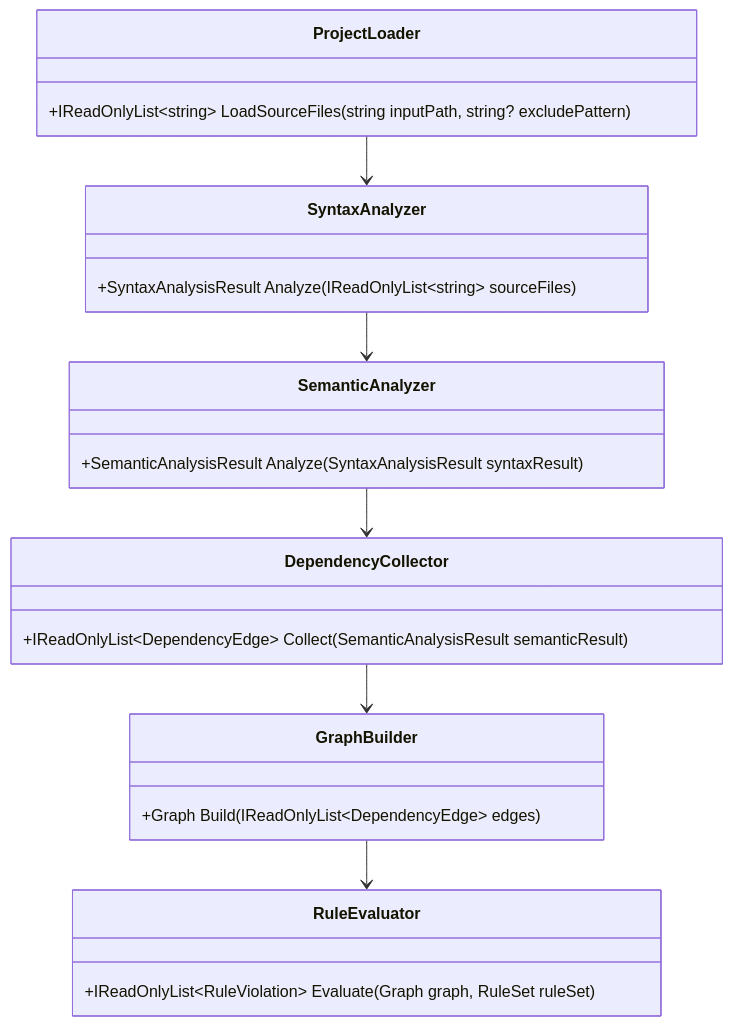
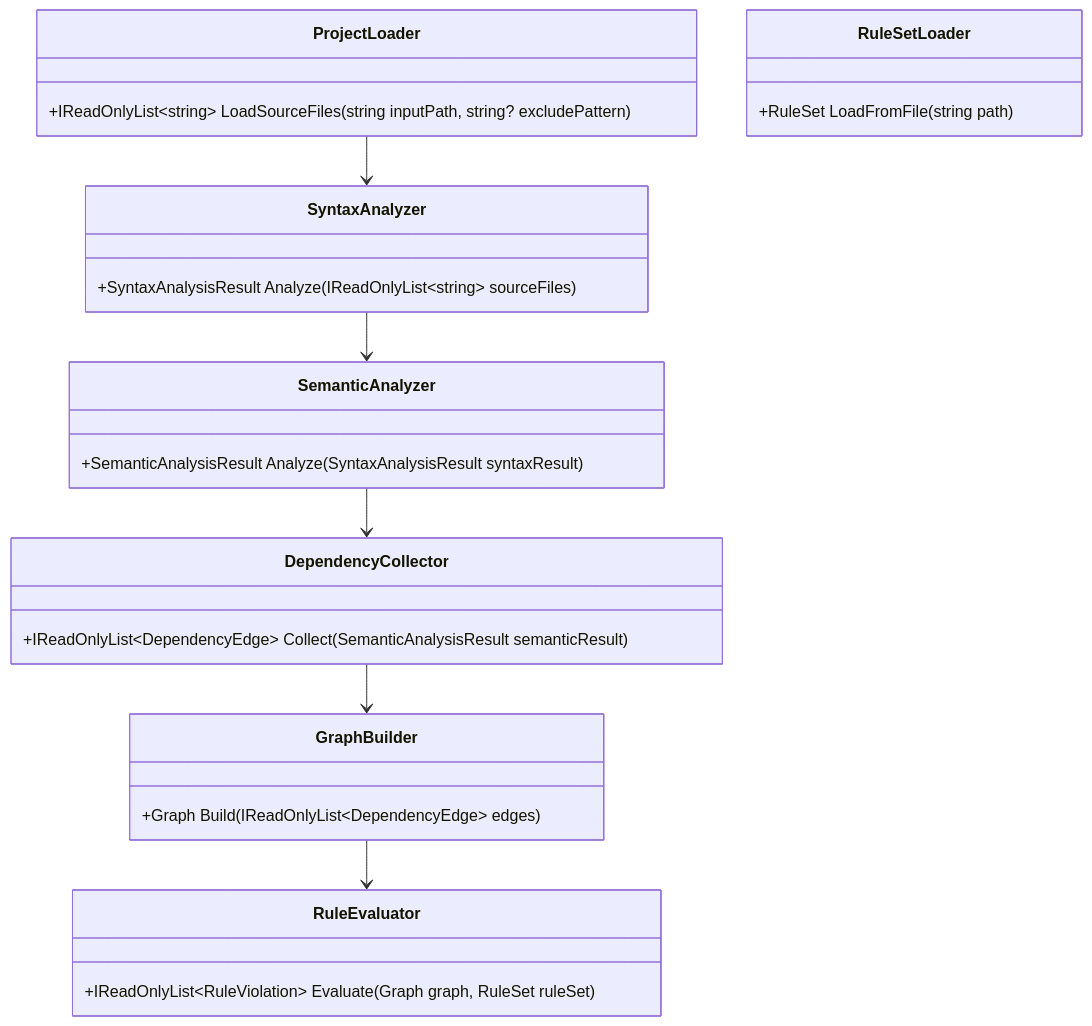
The third of 5 diagrams in docs/class-diagram.md (kaito-jiro/code-deps-jiro), drawn with Mermaid before and after one commit. The commit also changed other lines of this file and 11 other files, not shown here.

````diff
--- a/docs/class-diagram.md
+++ b/docs/class-diagram.md
@@ -127,27 +140,30 @@
 ```mermaid
 classDiagram
     class ProjectLoader {
         +IReadOnlyList~string~ LoadSourceFiles(string inputPath, string? excludePattern)
     }
     class SyntaxAnalyzer {
         +SyntaxAnalysisResult Analyze(IReadOnlyList~string~ sourceFiles)
     }
     class SemanticAnalyzer {
         +SemanticAnalysisResult Analyze(SyntaxAnalysisResult syntaxResult)
     }
     class DependencyCollector {
         +IReadOnlyList~DependencyEdge~ Collect(SemanticAnalysisResult semanticResult)
     }
     class GraphBuilder {
         +Graph Build(IReadOnlyList~DependencyEdge~ edges)
     }
     class RuleEvaluator {
         +IReadOnlyList~RuleViolation~ Evaluate(Graph graph, RuleSet ruleSet)
     }
+    class RuleSetLoader {
+        +RuleSet LoadFromFile(string path)
+    }
 
     ProjectLoader --> SyntaxAnalyzer
     SyntaxAnalyzer --> SemanticAnalyzer
     SemanticAnalyzer --> DependencyCollector
     DependencyCollector --> GraphBuilder
     GraphBuilder --> RuleEvaluator
 ```
````
